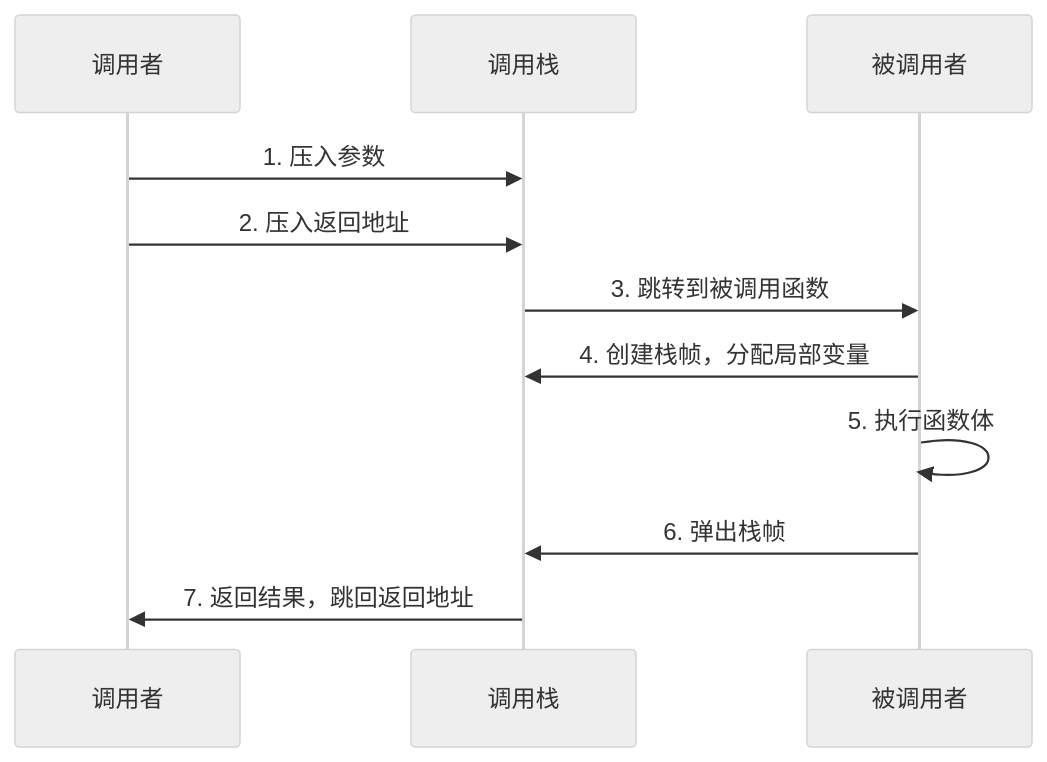
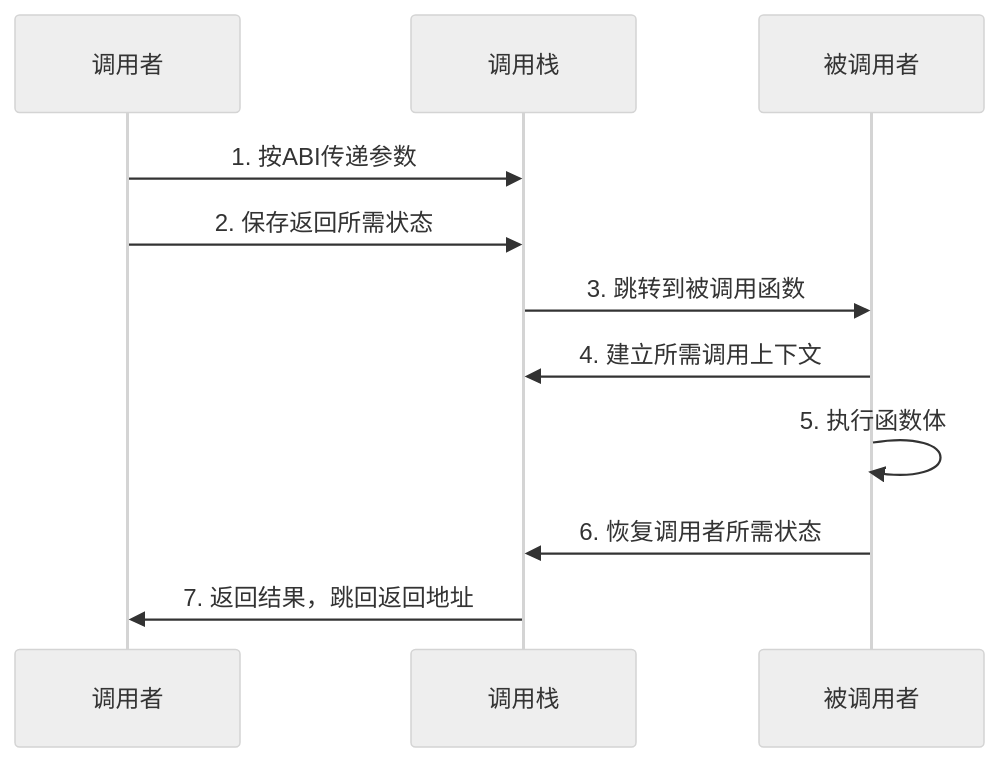
The second of 3 diagrams in week_03/day_18/README.md (mlbo/cpp_learning), drawn with Mermaid (neutral theme) before and after one commit. The commit also changed other lines of this file and 675 other files, not shown here.

````diff
--- a/week_03/day_18/README.md
+++ b/week_03/day_18/README.md
@@ -72,14 +72,14 @@
 ```mermaid
 sequenceDiagram
     participant Caller as 调用者
     participant Stack as 调用栈
     participant Callee as 被调用者
     
-    Caller->>Stack: 1. 压入参数
-    Caller->>Stack: 2. 压入返回地址
+    Caller->>Stack: 1. 按ABI传递参数
+    Caller->>Stack: 2. 保存返回所需状态
     Stack->>Callee: 3. 跳转到被调用函数
-    Callee->>Stack: 4. 创建栈帧，分配局部变量
+    Callee->>Stack: 4. 建立所需调用上下文
     Callee->>Callee: 5. 执行函数体
-    Callee->>Stack: 6. 弹出栈帧
+    Callee->>Stack: 6. 恢复调用者所需状态
     Stack->>Caller: 7. 返回结果，跳回返回地址
 ```
````
